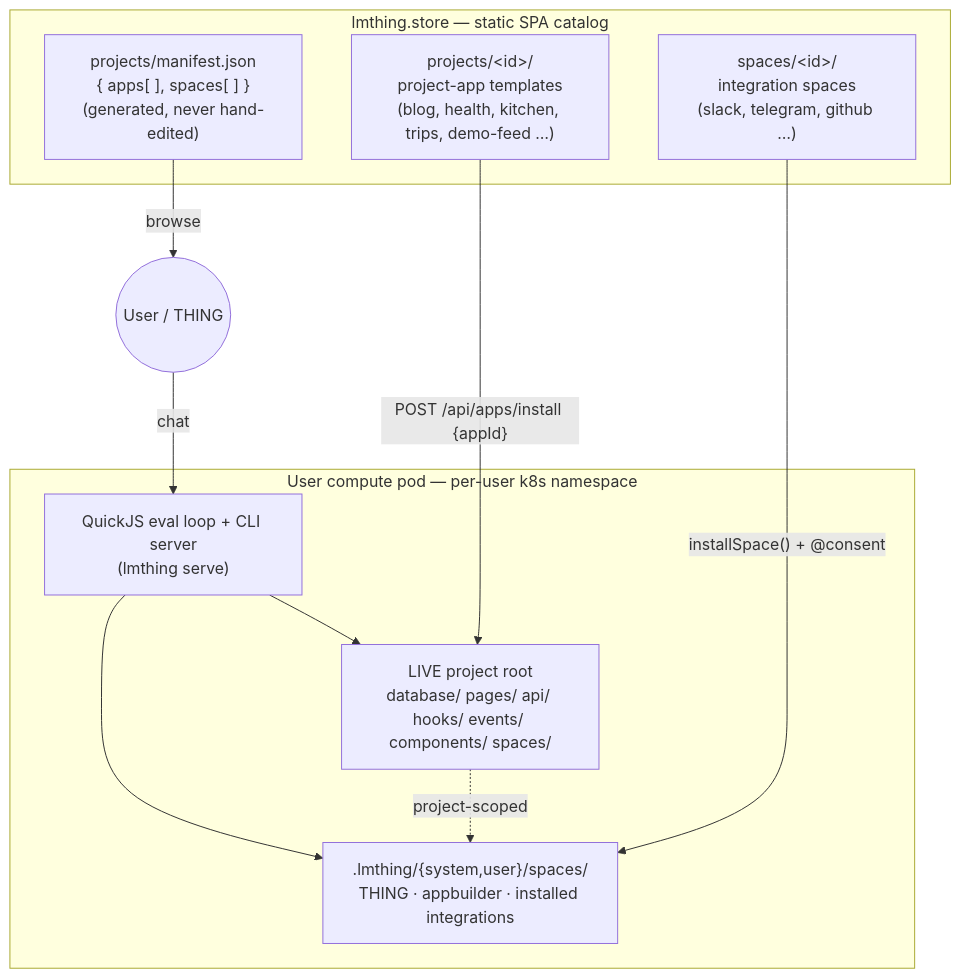
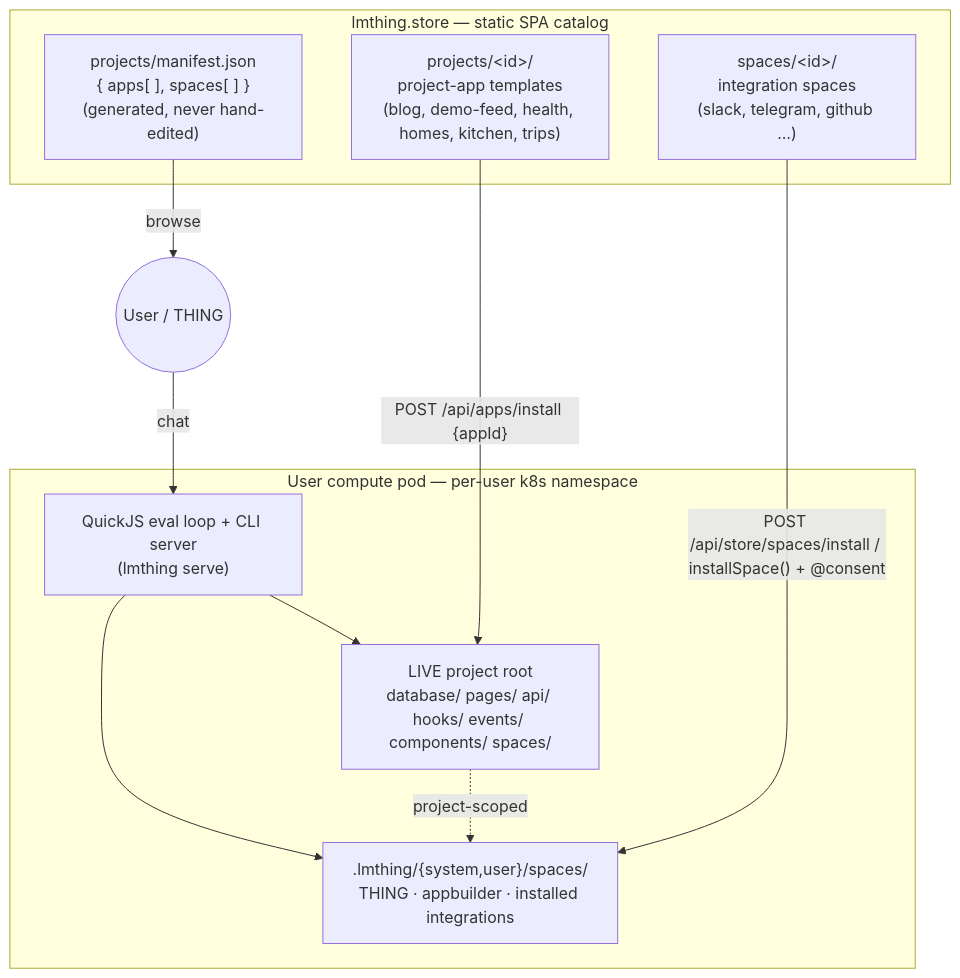
One commit to lmthing/lmthing changed the diagram in org/README.md. Above: the diagram before and after it, drawn with Mermaid. The commit also changed other lines of this file and 40 other files, not shown here.

````diff
--- a/org/README.md
+++ b/org/README.md
@@ -26,24 +20,24 @@
 ```mermaid
 flowchart TD
   subgraph Store["lmthing.store — static SPA catalog"]
     MAN["projects/manifest.json<br/>{ apps[ ], spaces[ ] }<br/>(generated, never hand-edited)"]
-    PT["projects/&lt;id&gt;/<br/>project-app templates<br/>(blog, health, kitchen, trips, demo-feed …)"]
+    PT["projects/&lt;id&gt;/<br/>project-app templates<br/>(blog, demo-feed, health, homes, kitchen, trips)"]
     ST["spaces/&lt;id&gt;/<br/>integration spaces<br/>(slack, telegram, github …)"]
   end
 
   User((User / THING))
 
   subgraph Pod["User compute pod — per-user k8s namespace"]
     RT["QuickJS eval loop + CLI server<br/>(lmthing serve)"]
     PROJ["LIVE project root<br/>database/ pages/ api/ hooks/ events/ components/ spaces/"]
     SYS[".lmthing/{system,user}/spaces/<br/>THING · appbuilder · installed integrations"]
   end
 
   MAN -->|browse| User
   PT -->|"POST /api/apps/install {appId}"| PROJ
-  ST -->|"installSpace() + @consent"| SYS
+  ST -->|"POST /api/store/spaces/install / installSpace() + @consent"| SYS
   User -->|chat| RT
   RT --> PROJ
   RT --> SYS
   PROJ -. project-scoped .-> SYS
 ```
````
